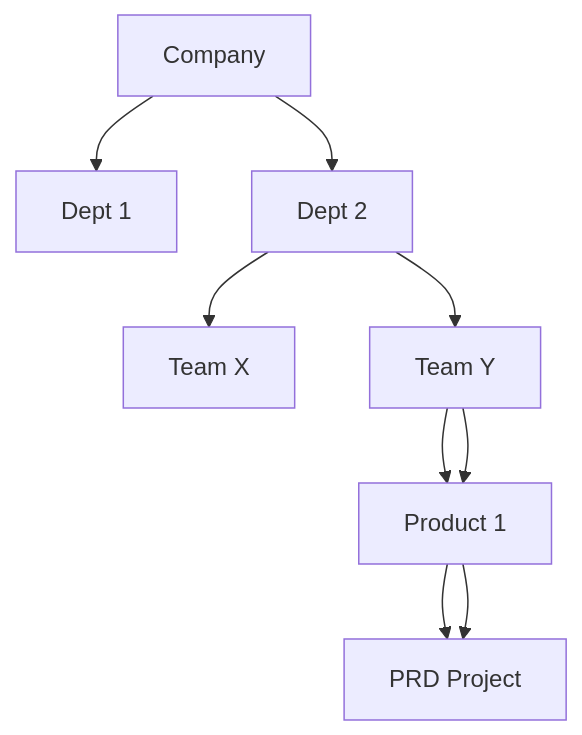
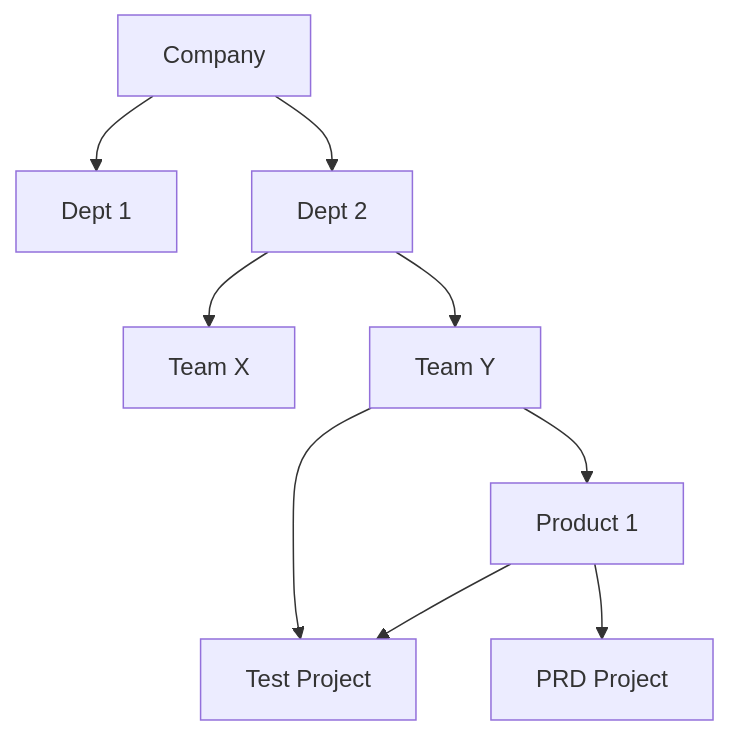
One commit to leomakino/learn-data-engineer-topics changed the diagram in gcp/cloud-engineer-path/preparing-for-my-associate-cloud-engineer-journey.md. Above: the diagram before and after it, drawn with Mermaid.

Commit message:
Test mermaid 3

````diff
--- a/gcp/cloud-engineer-path/preparing-for-my-associate-cloud-engineer-journey.md
+++ b/gcp/cloud-engineer-path/preparing-for-my-associate-cloud-engineer-journey.md
@@ -59,11 +59,11 @@
 ```mermaid
 flowchart TB;
 A[Company] --> B[Dept 1]
 A[Company] --> C[Dept 2]
 C[Dept 2] --> D[Team X]
 C[Dept 2] --> E[Team Y]
 E[Team Y] --> F[Product 1]
-E[Team Y] --> F[Product 2]
+E[Team Y] --> G[Product 2]
 F[Product 1] --> G[Test Project]
-F[Product 1] --> G[PRD Project]
+F[Product 1] --> H[PRD Project]
 ```
````
